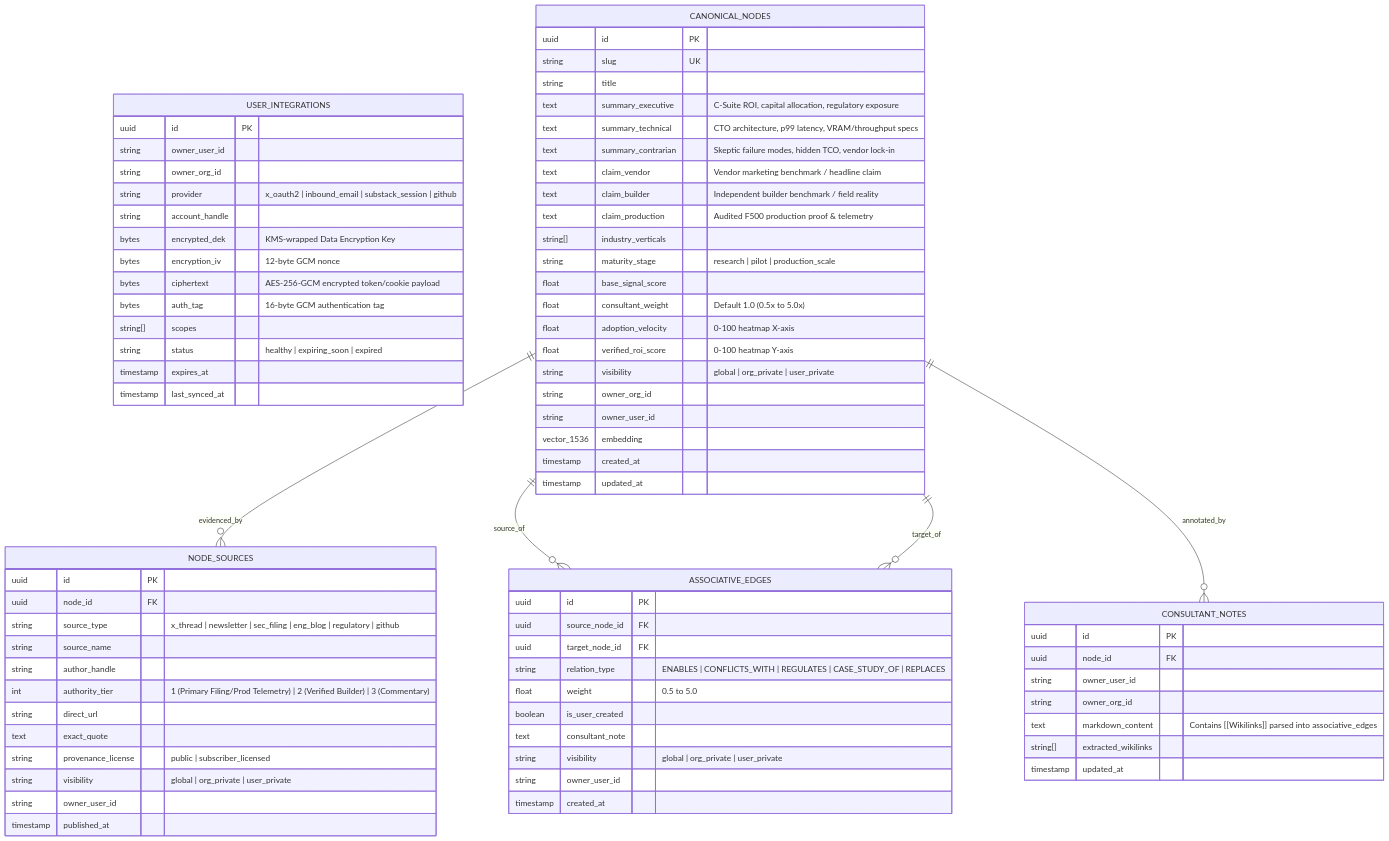
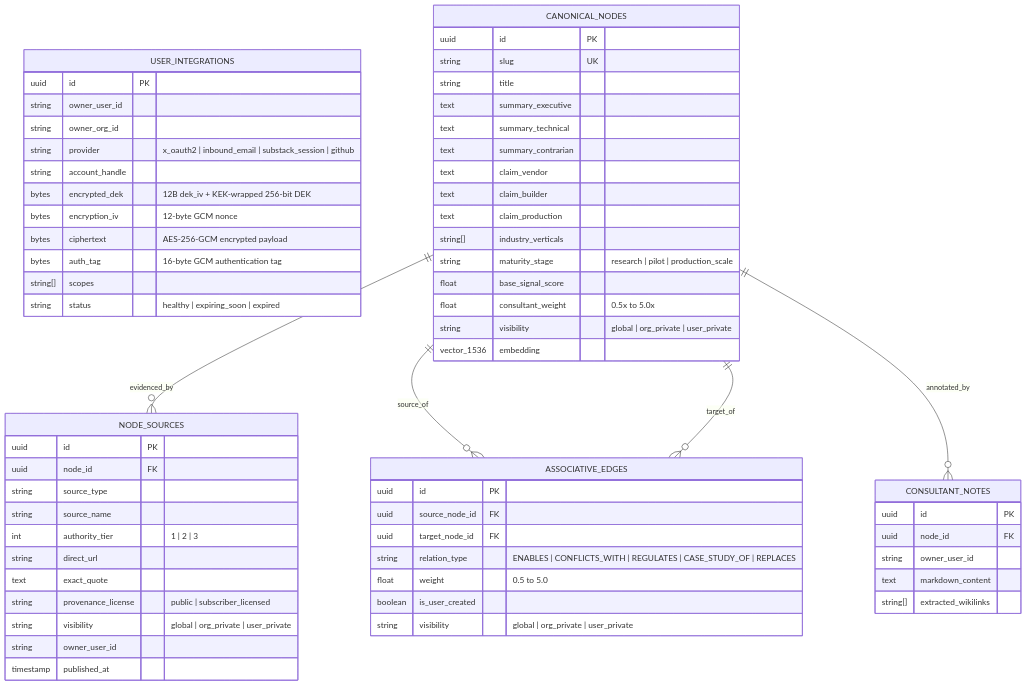
Before and after one commit to lithix-src/vectra: the second of 2 diagrams in ARCHITECTURE_AND_ERD.md, drawn with Mermaid. The commit also changed other lines of this file and 53 other files, not shown here.

```diff
--- a/ARCHITECTURE_AND_ERD.md
+++ b/ARCHITECTURE_AND_ERD.md
@@ -80,47 +78,38 @@
         string owner_org_id
         string provider "x_oauth2 | inbound_email | substack_session | github"
         string account_handle
-        bytes encrypted_dek "KMS-wrapped Data Encryption Key"
+        bytes encrypted_dek "12B dek_iv + KEK-wrapped 256-bit DEK"
         bytes encryption_iv "12-byte GCM nonce"
-        bytes ciphertext "AES-256-GCM encrypted token/cookie payload"
+        bytes ciphertext "AES-256-GCM encrypted payload"
         bytes auth_tag "16-byte GCM authentication tag"
         string[] scopes
         string status "healthy | expiring_soon | expired"
-        timestamp expires_at
-        timestamp last_synced_at
     }
 
     CANONICAL_NODES {
         uuid id PK
         string slug UK
         string title
-        text summary_executive "C-Suite ROI, capital allocation, regulatory exposure"
-        text summary_technical "CTO architecture, p99 latency, VRAM/throughput specs"
-        text summary_contrarian "Skeptic failure modes, hidden TCO, vendor lock-in"
-        text claim_vendor "Vendor marketing benchmark / headline claim"
-        text claim_builder "Independent builder benchmark / field reality"
-        text claim_production "Audited F500 production proof & telemetry"
+        text summary_executive
+        text summary_technical
+        text summary_contrarian
+        text claim_vendor
+        text claim_builder
+        text claim_production
         string[] industry_verticals
         string maturity_stage "research | pilot | production_scale"
         float base_signal_score
-        float consultant_weight "Default 1.0 (0.5x to 5.0x)"
-        float adoption_velocity "0-100 heatmap X-axis"
-        float verified_roi_score "0-100 heatmap Y-axis"
+        float consultant_weight "0.5x to 5.0x"
         string visibility "global | org_private | user_private"
-        string owner_org_id
-        string owner_user_id
         vector_1536 embedding
-        timestamp created_at
-        timestamp updated_at
     }
 
     NODE_SOURCES {
         uuid id PK
         uuid node_id FK
-        string source_type "x_thread | newsletter | sec_filing | eng_blog | regulatory | github"
+        string source_type
         string source_name
-        string author_handle
-        int authority_tier "1 (Primary Filing/Prod Telemetry) | 2 (Verified Builder) | 3 (Commentary)"
+        int authority_tier "1 | 2 | 3"
         string direct_url
         text exact_quote
         string provenance_license "public | subscriber_licensed"
@@ -136,20 +125,15 @@
         string relation_type "ENABLES | CONFLICTS_WITH | REGULATES | CASE_STUDY_OF | REPLACES"
         float weight "0.5 to 5.0"
         boolean is_user_created
-        text consultant_note
         string visibility "global | org_private | user_private"
-        string owner_user_id
-        timestamp created_at
     }
 
     CONSULTANT_NOTES {
         uuid id PK
         uuid node_id FK
         string owner_user_id
-        string owner_org_id
-        text markdown_content "Contains [[Wikilinks]] parsed into associative_edges"
+        text markdown_content
         string[] extracted_wikilinks
-        timestamp updated_at
     }
 
     CANONICAL_NODES ||--o{ NODE_SOURCES : "evidenced_by"
```
